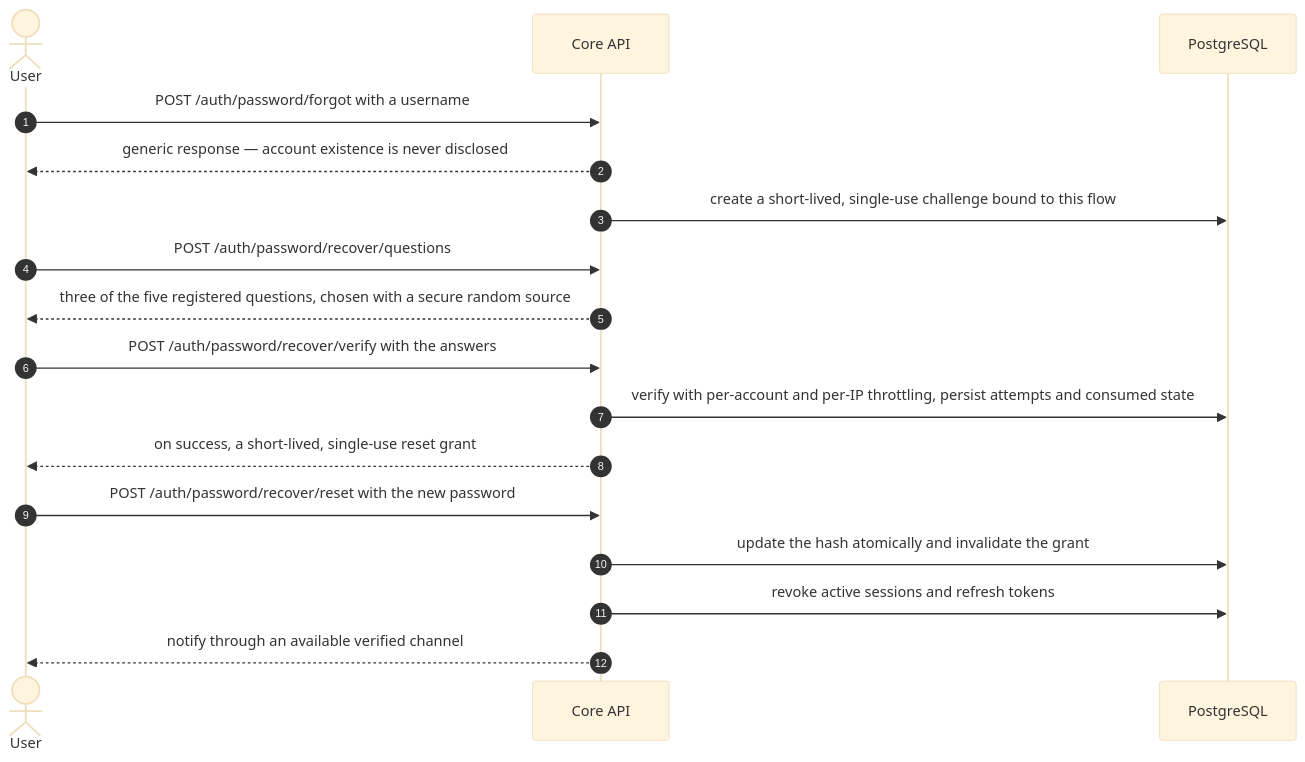
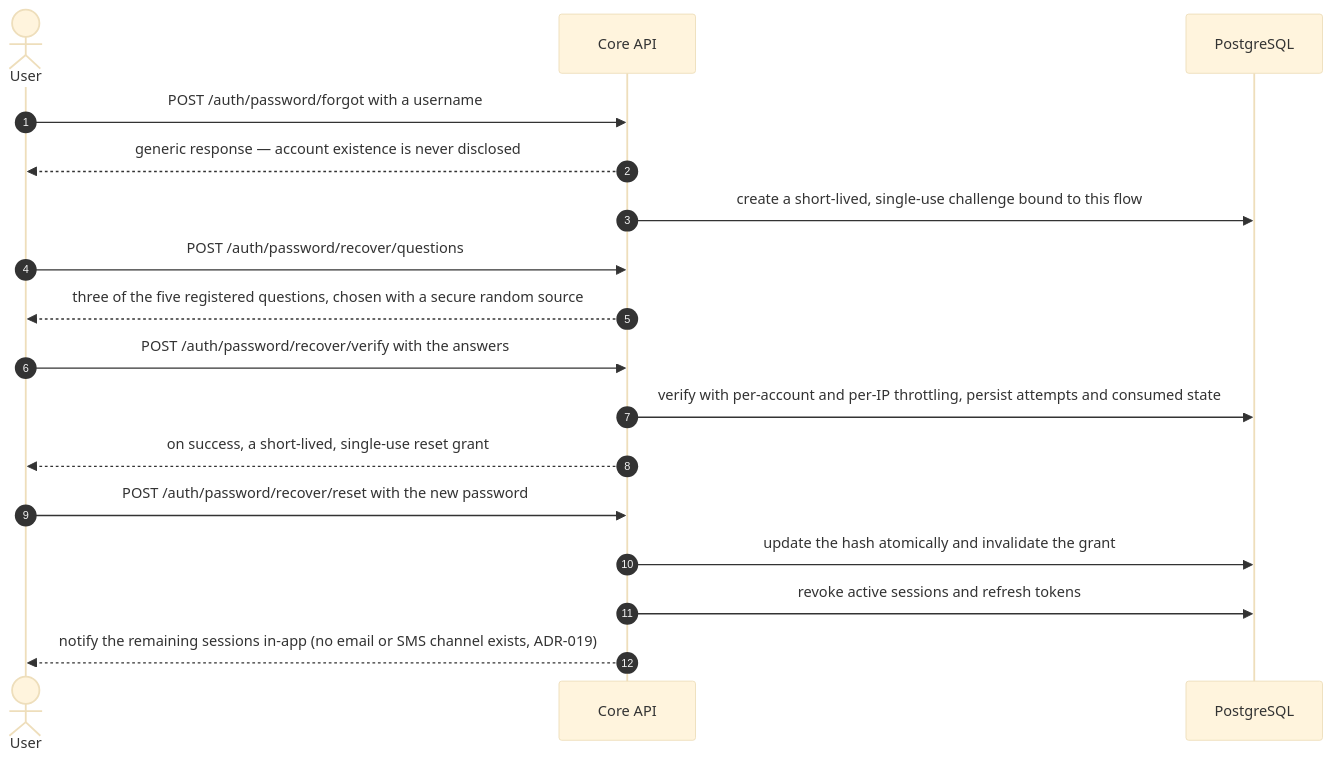
Before and after one commit to komeilm76/boro_biya: the fifth of 16 diagrams in docs/DIAGRAMS.md, drawn with Mermaid (base theme). The commit also changed other lines of this file and 20 other files, not shown here.

````diff
--- a/docs/DIAGRAMS.md
+++ b/docs/DIAGRAMS.md
@@ -120,19 +120,19 @@
 ```mermaid
 sequenceDiagram
   autonumber
   actor User
   participant API as Core API
   participant DB as PostgreSQL
   User->>API: POST /auth/password/forgot with a username
   API-->>User: generic response — account existence is never disclosed
   API->>DB: create a short-lived, single-use challenge bound to this flow
   User->>API: POST /auth/password/recover/questions
   API-->>User: three of the five registered questions, chosen with a secure random source
   User->>API: POST /auth/password/recover/verify with the answers
   API->>DB: verify with per-account and per-IP throttling, persist attempts and consumed state
   API-->>User: on success, a short-lived, single-use reset grant
   User->>API: POST /auth/password/recover/reset with the new password
   API->>DB: update the hash atomically and invalidate the grant
   API->>DB: revoke active sessions and refresh tokens
-  API-->>User: notify through an available verified channel
+  API-->>User: notify the remaining sessions in-app (no email or SMS channel exists, ADR-019)
 ```
````
